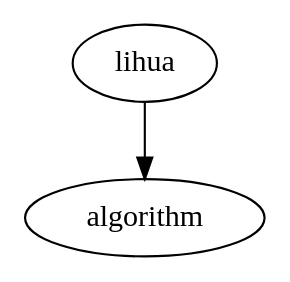
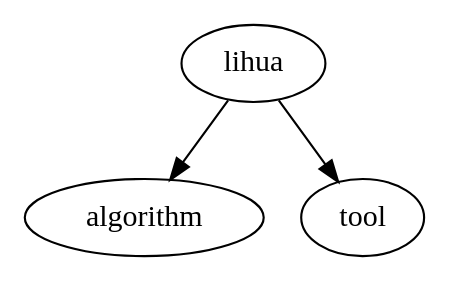
Before and after one commit to panhongrainbow/panhongrainbow.github.io: the diagram in roadmap/subRoadmaps/004lihua_links_category.dot, drawn with Graphviz. The commit also changed 9 other files, not shown here.

```diff
--- a/roadmap/subRoadmaps/004lihua_links_category.dot
+++ b/roadmap/subRoadmaps/004lihua_links_category.dot
@@ -1,3 +1,4 @@
 digraph SubRoadmap {
     lihua -> algorithm [splines=curved];
+    lihua -> tool [splines=curved];
 /*end*/}
```
